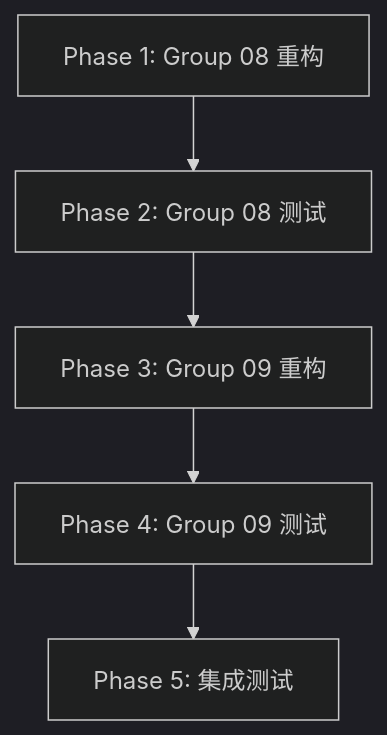
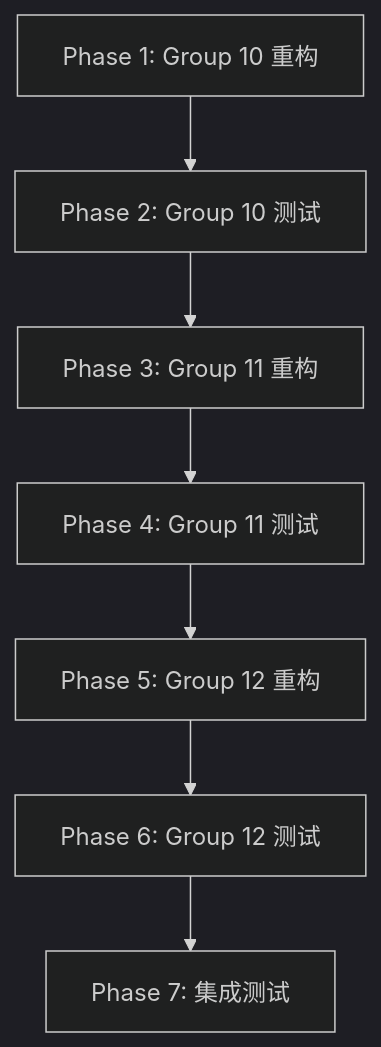
One commit to 4693887178/hello_mojo changed the diagram in .planning/ROADMAP.md. Above: the diagram before and after it, drawn with Mermaid (dark theme). The commit also changed other lines of this file and 449 other files, not shown here.

````diff
--- a/.planning/ROADMAP.md
+++ b/.planning/ROADMAP.md
@@ -119,7 +161,9 @@
 ```mermaid
 graph TD
-    P1[Phase 1: Group 08 重构] --> P2[Phase 2: Group 08 测试]
-    P2 --> P3[Phase 3: Group 09 重构]
-    P3 --> P4[Phase 4: Group 09 测试]
-    P4 --> P5[Phase 5: 集成测试]
+    P1[Phase 1: Group 10 重构] --> P2[Phase 2: Group 10 测试]
+    P2 --> P3[Phase 3: Group 11 重构]
+    P3 --> P4[Phase 4: Group 11 测试]
+    P4 --> P5[Phase 5: Group 12 重构]
+    P5 --> P6[Phase 6: Group 12 测试]
+    P6 --> P7[Phase 7: 集成测试]
 ```
````
